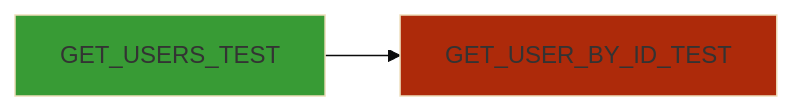
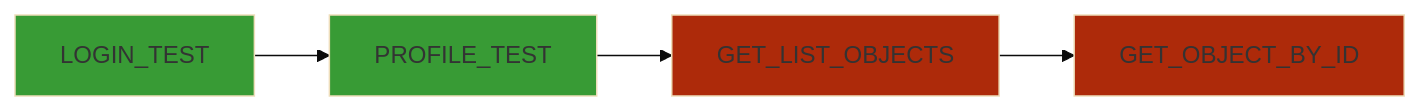
Before and after one commit to kintell33/apit-core: the diagram in README.md, drawn with Mermaid (base theme). The commit also changed other lines of this file and 8 other files, not shown here.

````diff
--- a/README.md
+++ b/README.md
@@ -124,6 +204,10 @@
 ```mermaid
 graph LR
-GET_USERS_TEST --> GET_USER_BY_ID_TEST
-style GET_USERS_TEST fill:#389B35
-style GET_USER_BY_ID_TEST fill:#AD2A0A
+LOGIN_TEST --> PROFILE_TEST
+PROFILE_TEST --> GET_LIST_OBJECTS
+GET_LIST_OBJECTS --> GET_OBJECT_BY_ID
+style LOGIN_TEST fill:#389B35
+style PROFILE_TEST fill:#389B35
+style GET_LIST_OBJECTS fill:#AD2A0A
+style GET_OBJECT_BY_ID fill:#AD2A0A
 ```
````
